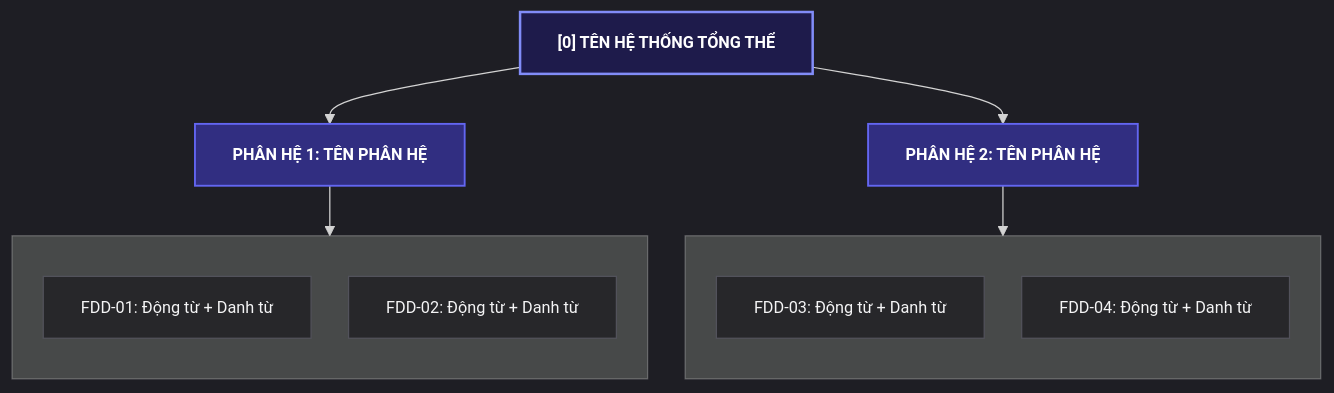
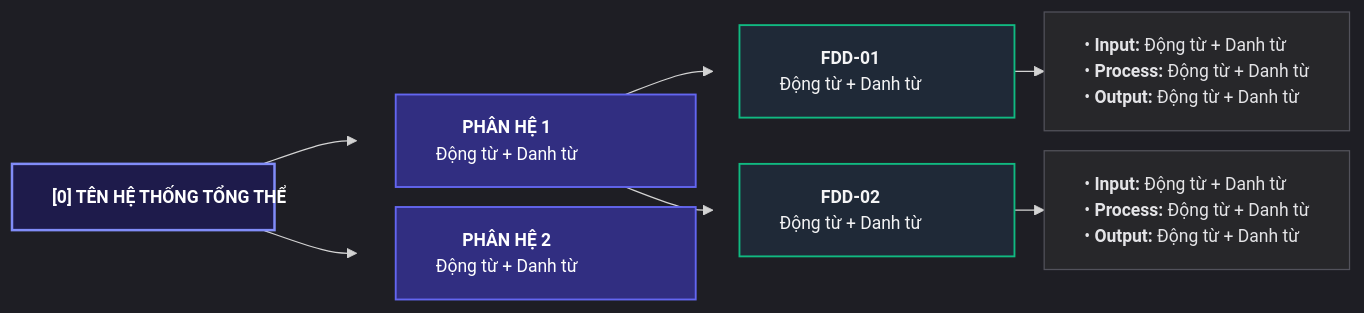
Before and after one commit to hungnm3112/Project-Lesson-API: the diagram in .agents/rules/2-analysis/4_fdd_and_rbac_standard.md, drawn with Mermaid. The commit also changed other lines of this file and 1 other file, not shown here.

Commit message:
docs(analysis): hoan thanh buoc 4 fdd 3 cap va ma tran rbac
chuan hoa so do fdd 4 tang flowchart LR khoi tao kich thuoc khung va chong rot dong text

````diff
--- a/.agents/rules/2-analysis/4_fdd_and_rbac_standard.md
+++ b/.agents/rules/2-analysis/4_fdd_and_rbac_standard.md
@@ -31,47 +31,39 @@
 ```mermaid
 %%{init: {
   'theme': 'dark',
-  'themeVariables': {
-    'fontSize': '13px'
-  },
+  'themeVariables': { 'fontSize': '14px' },
   'flowchart': {
-    'nodeSpacing': 30,
-    'rankSpacing': 40,
-    'padding': 15
+    'rankSpacing': 45,
+    'nodeSpacing': 16,
+    'padding': 16
   }
 }}%%
-flowchart TD
+flowchart LR
     %% Cấp 0: Root Node
     ROOT["<b>[0] TÊN HỆ THỐNG TỔNG THỂ</b>"]
 
     %% Cấp 1: Các Phân hệ lớn
-    M1["<b>PHÂN HỆ 1: TÊN PHÂN HỆ</b>"]
-    M2["<b>PHÂN HỆ 2: TÊN PHÂN HỆ</b>"]
+    M1["<b>PHÂN HỆ 1</b><br/>Động từ + Danh từ"]
+    M2["<b>PHÂN HỆ 2</b><br/>Động từ + Danh từ"]
 
-    ROOT --> M1
-    ROOT --> M2
+    ROOT --> M1 & M2
 
-    %% Cấp 2: Các Chức năng đơn nhiệm dưới từng Phân hệ
-    subgraph M1_SUBS[" "]
-        direction TB
-        F11["FDD-01: Động từ + Danh từ"]
-        F12["FDD-02: Động từ + Danh từ"]
-    end
-    M1 --> M1_SUBS
+    %% Cấp 2 & Cấp 3 (Nhịp IPO)
+    F01["<b>FDD-01</b><br/>Động từ + Danh từ"]
+    F02["<b>FDD-02</b><br/>Động từ + Danh từ"]
+    M1 --> F01 & F02
 
-    subgraph M2_SUBS[" "]
-        direction TB
-        F21["FDD-03: Động từ + Danh từ"]
-        F22["FDD-04: Động từ + Danh từ"]
-    end
-    M2 --> M2_SUBS
+    F01 --> IPO01["• <b>Input:</b> Động từ + Danh từ<br/>• <b>Process:</b> Động từ + Danh từ<br/>• <b>Output:</b> Động từ + Danh từ"]
+    F02 --> IPO02["• <b>Input:</b> Động từ + Danh từ<br/>• <b>Process:</b> Động từ + Danh từ<br/>• <b>Output:</b> Động từ + Danh từ"]
 
-    %% Styling chuẩn
-    classDef rootNode fill:#1e1b4b,stroke:#818cf8,stroke-width:2px,color:#ffffff;
-    classDef moduleNode fill:#312e81,stroke:#6366f1,stroke-width:1.5px,color:#ffffff;
-    classDef funcNode fill:#27272a,stroke:#52525b,stroke-width:1px,color:#f4f4f5;
+    %% Cố định kích thước khung và độ rộng 4 cột (white-space: nowrap chống bẻ dòng)
+    classDef rootNode fill:#1e1b4b,stroke:#818cf8,stroke-width:2px,color:#ffffff,width:210px;
+    classDef moduleNode fill:#312e81,stroke:#6366f1,stroke-width:1.5px,color:#ffffff,width:240px;
+    classDef funcNode fill:#1f2937,stroke:#10b981,stroke-width:1.5px,color:#f4f4f5,width:220px;
+    classDef ipoNode fill:#27272a,stroke:#52525b,stroke-width:1px,color:#e4e4e7,text-align:left,white-space:nowrap;
 
     class ROOT rootNode;
     class M1,M2 moduleNode;
-    class F11,F12,F21,F22 funcNode;
+    class F01,F02 funcNode;
+    class IPO01,IPO02 ipoNode;
 ```
````
